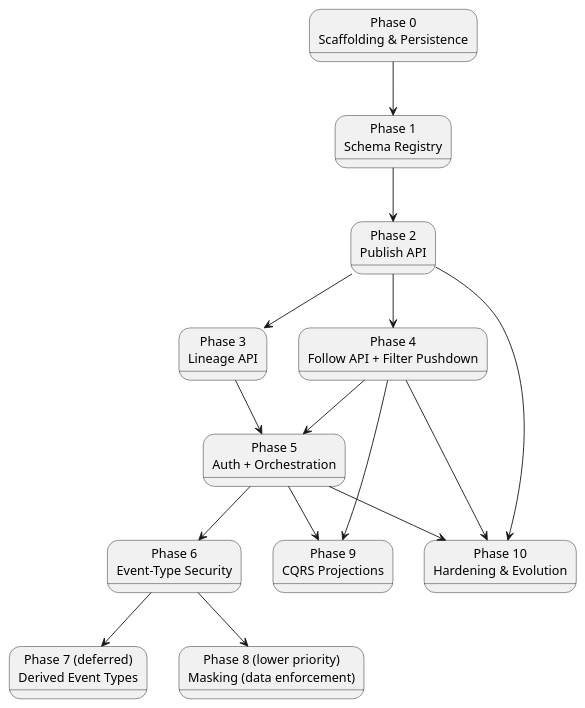
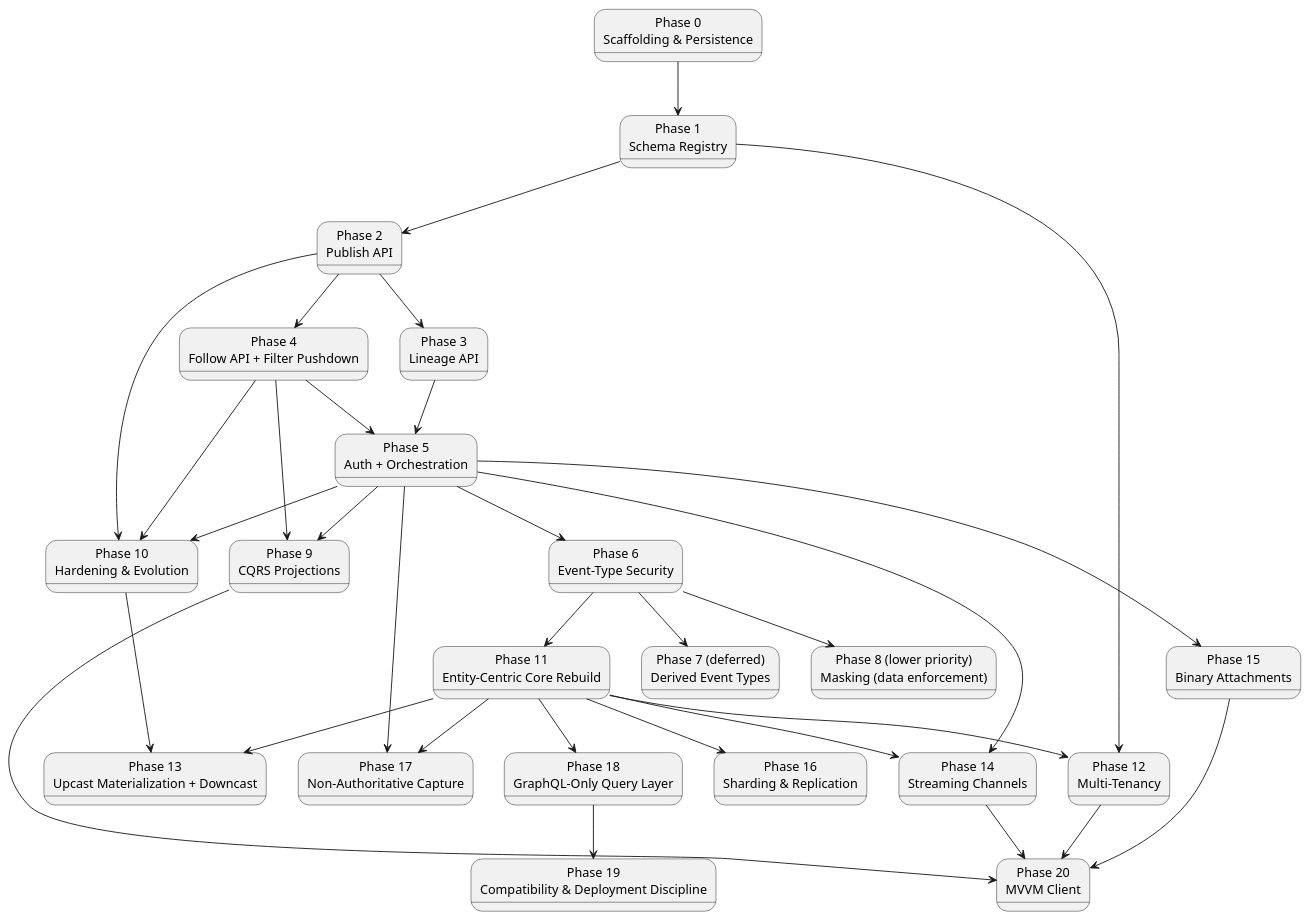
The diagram in docs/08-build-plan.md (Mwwhited-BookLearning/EventSourcing), drawn with PlantUML before and after one commit. The commit also changed other lines of this file and 27 other files, not shown here.

````diff
--- a/docs/08-build-plan.md
+++ b/docs/08-build-plan.md
@@ -21,30 +37,57 @@
 ```plantuml
 @startuml BuildPlan_Phases
 state "Phase 0\nScaffolding & Persistence" as p0
 state "Phase 1\nSchema Registry" as p1
 state "Phase 2\nPublish API" as p2
 state "Phase 3\nLineage API" as p3
 state "Phase 4\nFollow API + Filter Pushdown" as p4
 state "Phase 5\nAuth + Orchestration" as p5
 state "Phase 6\nEvent-Type Security" as p6
 state "Phase 7 (deferred)\nDerived Event Types" as p7
 state "Phase 8 (lower priority)\nMasking (data enforcement)" as p8
 state "Phase 9\nCQRS Projections" as p9
 state "Phase 10\nHardening & Evolution" as p10
+state "Phase 11\nEntity-Centric Core Rebuild" as p11
+state "Phase 12\nMulti-Tenancy" as p12
+state "Phase 13\nUpcast Materialization + Downcast" as p13
+state "Phase 14\nStreaming Channels" as p14
+state "Phase 15\nBinary Attachments" as p15
+state "Phase 16\nSharding & Replication" as p16
+state "Phase 17\nNon-Authoritative Capture" as p17
+state "Phase 18\nGraphQL-Only Query Layer" as p18
+state "Phase 19\nCompatibility & Deployment Discipline" as p19
+state "Phase 20\nMVVM Client" as p20
 
 p0 --> p1
 p1 --> p2
 p2 --> p3
 p2 --> p4
 p3 --> p5
 p4 --> p5
 p5 --> p6
 p6 --> p7
 p6 --> p8
 p4 --> p9
 p5 --> p9
 p5 --> p10
 p2 --> p10
 p4 --> p10
+p6 --> p11
+p1 --> p12
+p11 --> p12
+p10 --> p13
+p11 --> p13
+p5 --> p14
+p11 --> p14
+p5 --> p15
+p11 --> p16
+p11 --> p17
+p5 --> p17
+p11 --> p18
+p18 --> p19
+p9 --> p20
+p12 --> p20
+p14 --> p20
+p15 --> p20
 @enduml
 ```
````
